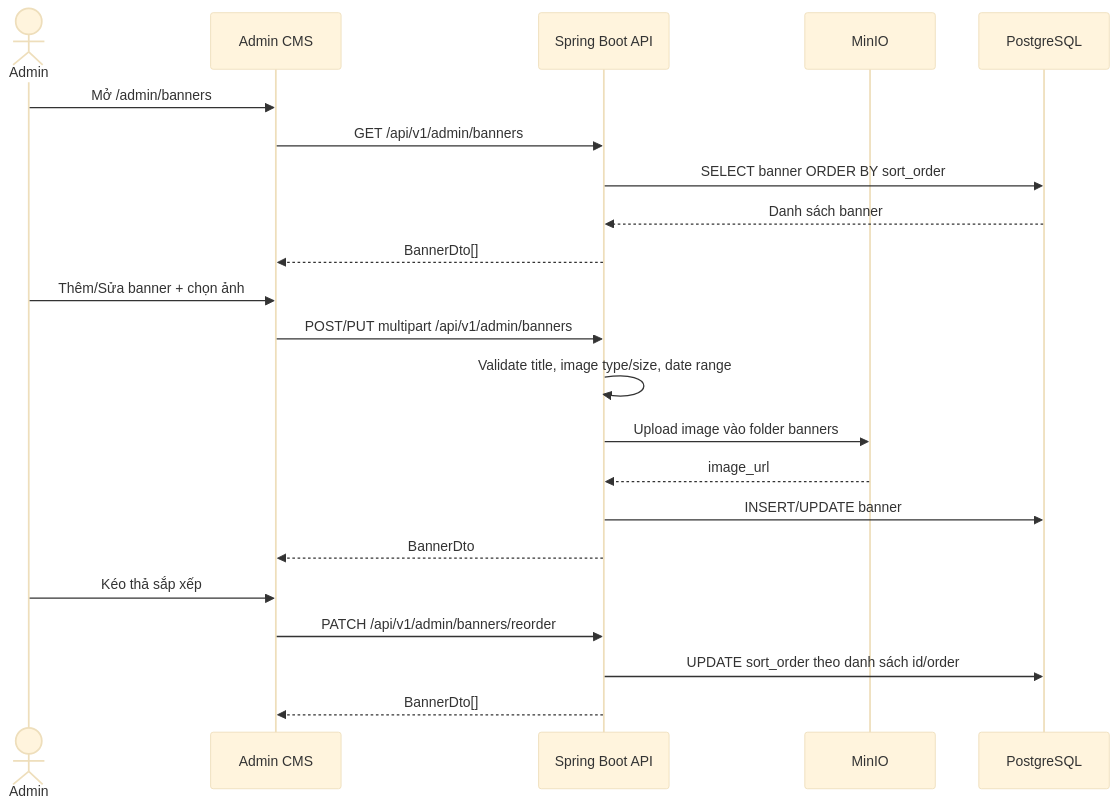
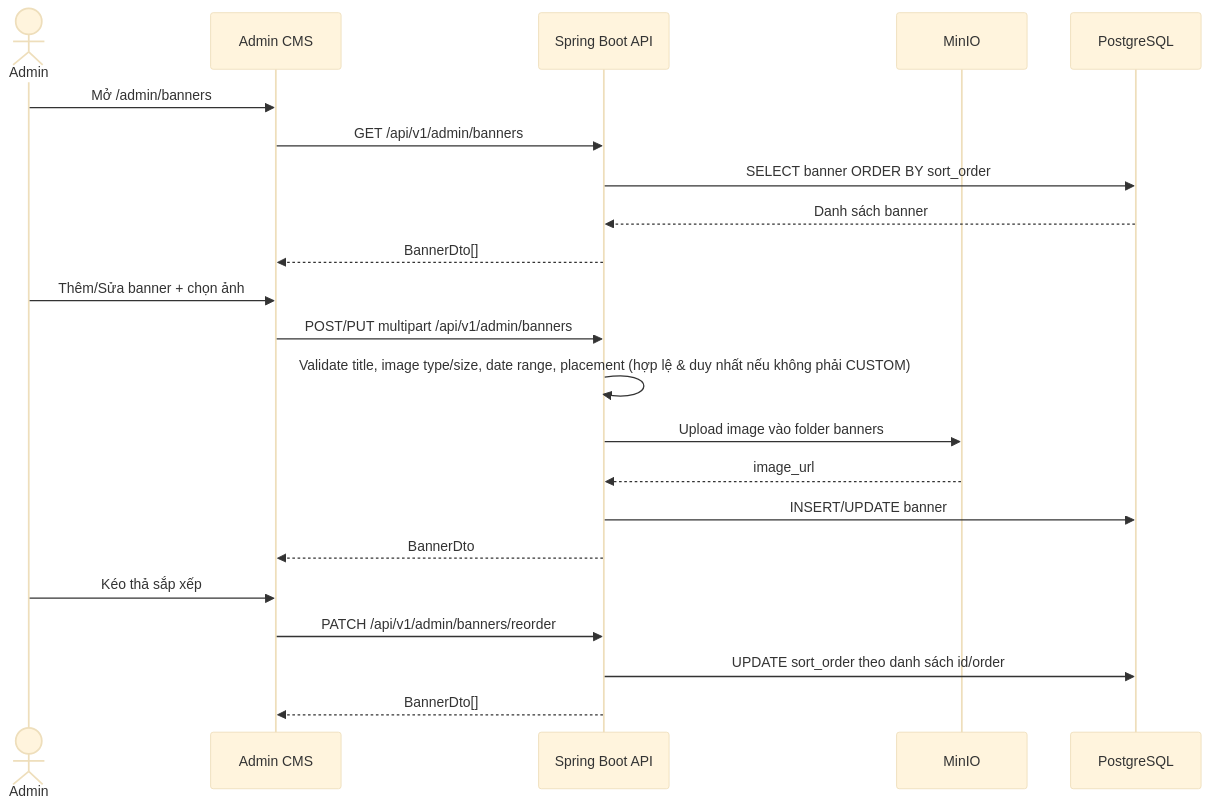
Diagram 12 of 12 in docs/design.md (huuhieu56/PC-Parts-ECommerce), drawn with Mermaid (base theme) before and after one commit. The commit also changed other lines of this file and 4 other files, not shown here.

````diff
--- a/docs/design.md
+++ b/docs/design.md
@@ -1189,27 +1189,27 @@
 ```mermaid
 sequenceDiagram
     actor Admin
     participant FE as Admin CMS
     participant BE as Spring Boot API
     participant MinIO
     participant DB as PostgreSQL
 
     Admin->>FE: Mở /admin/banners
     FE->>BE: GET /api/v1/admin/banners
     BE->>DB: SELECT banner ORDER BY sort_order
     DB-->>BE: Danh sách banner
     BE-->>FE: BannerDto[]
 
     Admin->>FE: Thêm/Sửa banner + chọn ảnh
     FE->>BE: POST/PUT multipart /api/v1/admin/banners
-    BE->>BE: Validate title, image type/size, date range
+    BE->>BE: Validate title, image type/size, date range, placement (hợp lệ & duy nhất nếu không phải CUSTOM)
     BE->>MinIO: Upload image vào folder banners
     MinIO-->>BE: image_url
     BE->>DB: INSERT/UPDATE banner
     BE-->>FE: BannerDto
 
     Admin->>FE: Kéo thả sắp xếp
     FE->>BE: PATCH /api/v1/admin/banners/reorder
     BE->>DB: UPDATE sort_order theo danh sách id/order
     BE-->>FE: BannerDto[]
 ```
````
